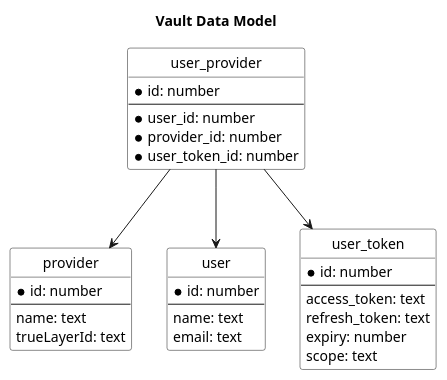
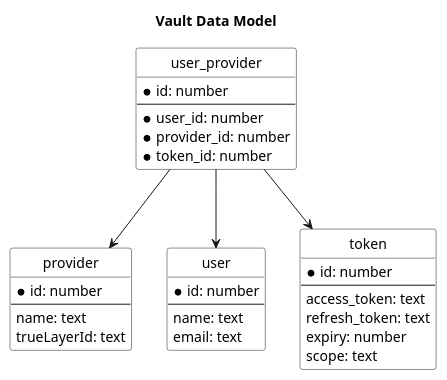
Before and after one commit to nsartechltd/vault-api: the diagram in docs/data-model.puml, drawn with PlantUML. The commit also changed 26 other files, not shown here.

```diff
--- a/docs/data-model.puml
+++ b/docs/data-model.puml
@@ -1,44 +1,44 @@
 @startuml
 title Vault Data Model
 hide circle
 
 skinparam class {
   backgroundColor #white
 }
 
 entity "provider" {
   *id: number
   --
   name: text
   trueLayerId: text
 }
 
 entity "user" {
   *id: number
   --
   name: text
   email: text
 }
 
-entity "user_token" {
+entity "token" {
   *id: number
   --
   access_token: text
   refresh_token: text
   expiry: number
   scope: text
 }
 
 entity "user_provider" {
   *id: number
   --
   *user_id: number
   *provider_id: number
-  *user_token_id: number
+  *token_id: number
 }
 
 user_provider --> user
 user_provider --> provider
-user_provider --> user_token
+user_provider --> token
 
 @enduml
```
